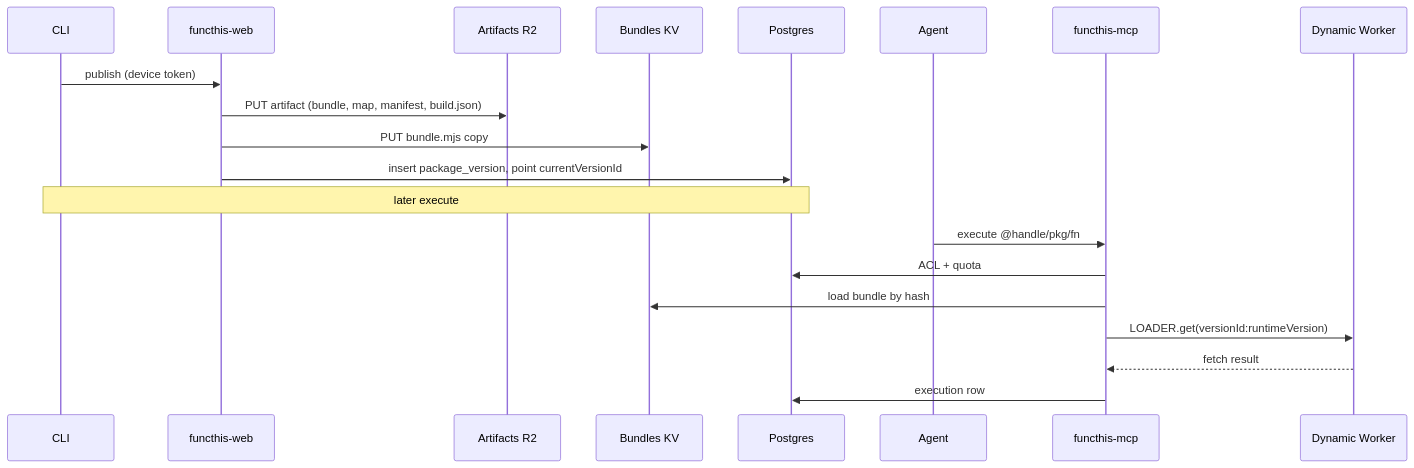
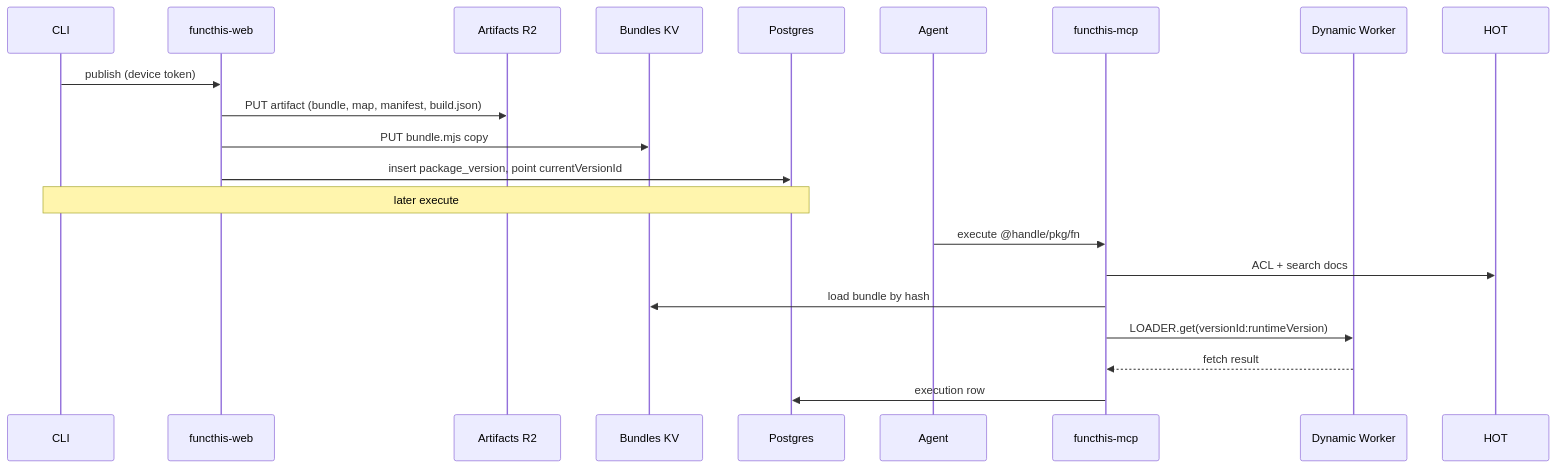
The first of 2 diagrams in architecture.md (xmazu/functhis), drawn with Mermaid before and after one commit. The commit also changed other lines of this file and 58 other files, not shown here.

Commit message:
feat: enhance MCP search functionality with AI-driven reranking; integrate OpenRouter for improved search relevance, update architecture documentation, and refine KV storage handling for function metadata

````diff
--- a/architecture.md
+++ b/architecture.md
@@ -188,23 +189,23 @@
 ```mermaid
 sequenceDiagram
   participant CLI
   participant Web as functhis-web
   participant R2 as Artifacts R2
   participant KV as Bundles KV
   participant DB as Postgres
   participant Agent
   participant MCP as functhis-mcp
   participant DW as Dynamic Worker
 
   CLI->>Web: publish (device token)
   Web->>R2: PUT artifact (bundle, map, manifest, build.json)
   Web->>KV: PUT bundle.mjs copy
   Web->>DB: insert package_version, point currentVersionId
   Note over CLI,DB: later execute
   Agent->>MCP: execute @handle/pkg/fn
-  MCP->>DB: ACL + quota
+  MCP->>HOT: ACL + search docs
   MCP->>KV: load bundle by hash
   MCP->>DW: LOADER.get(versionId:runtimeVersion)
   DW-->>MCP: fetch result
   MCP->>DB: execution row
 ```
````
